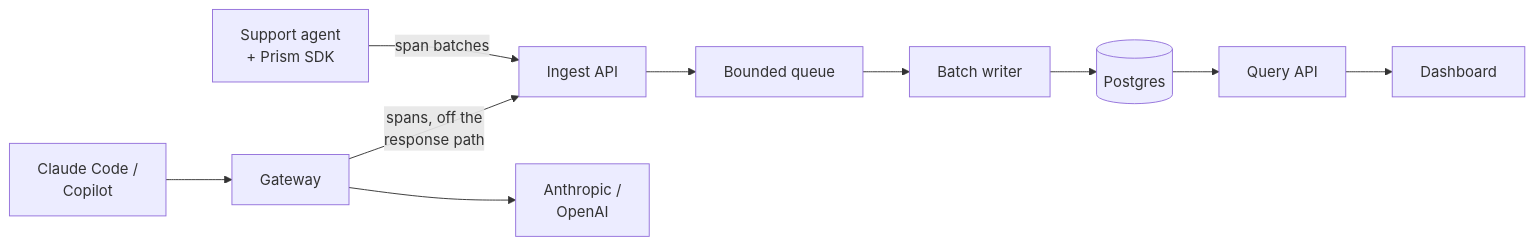
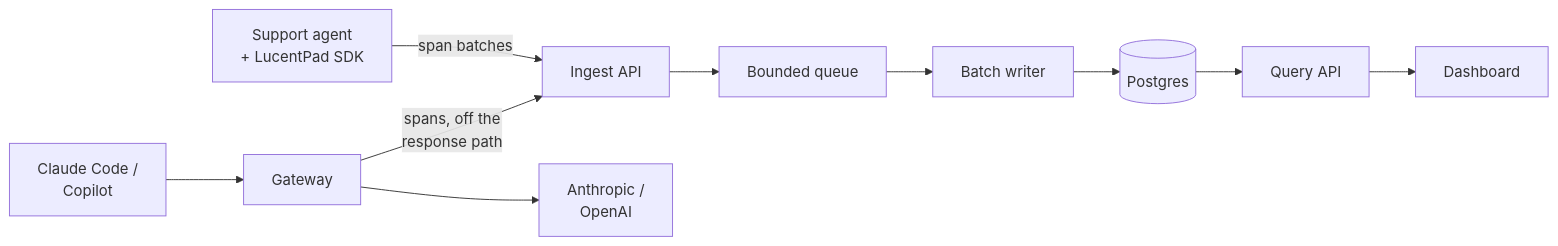
Before and after one commit to seripavan7-alt/lucentpad: the diagram in docs/PRD.md, drawn with Mermaid. The commit also changed other lines of this file and 69 other files, not shown here.

First line of the commit message:
M1 prep: rename to LucentPad, logo, landing site, static demo

````diff
--- a/docs/PRD.md
+++ b/docs/PRD.md
@@ -80,12 +82,12 @@
 ```mermaid
 flowchart LR
-  A[Support agent<br/>+ Prism SDK] -->|span batches| I[Ingest API]
+  A[Support agent<br/>+ LucentPad SDK] -->|span batches| I[Ingest API]
   C[Claude Code /<br/>Copilot] --> G[Gateway]
   G --> P[Anthropic /<br/>OpenAI]
   G -->|spans, off the<br/>response path| I
   I --> Q[Bounded queue]
   Q --> W[Batch writer]
   W --> D[(Postgres)]
   D --> R[Query API]
   R --> U[Dashboard]
 ```
````
